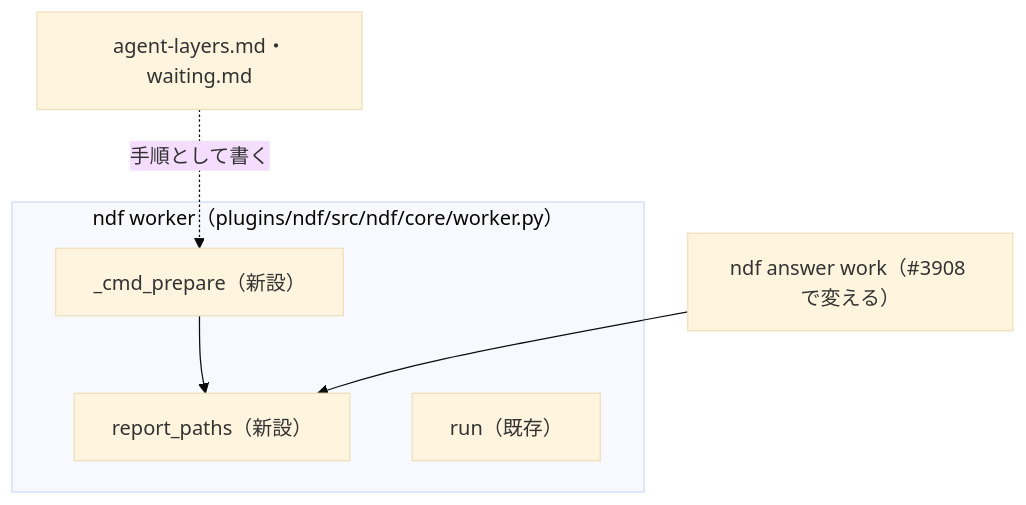
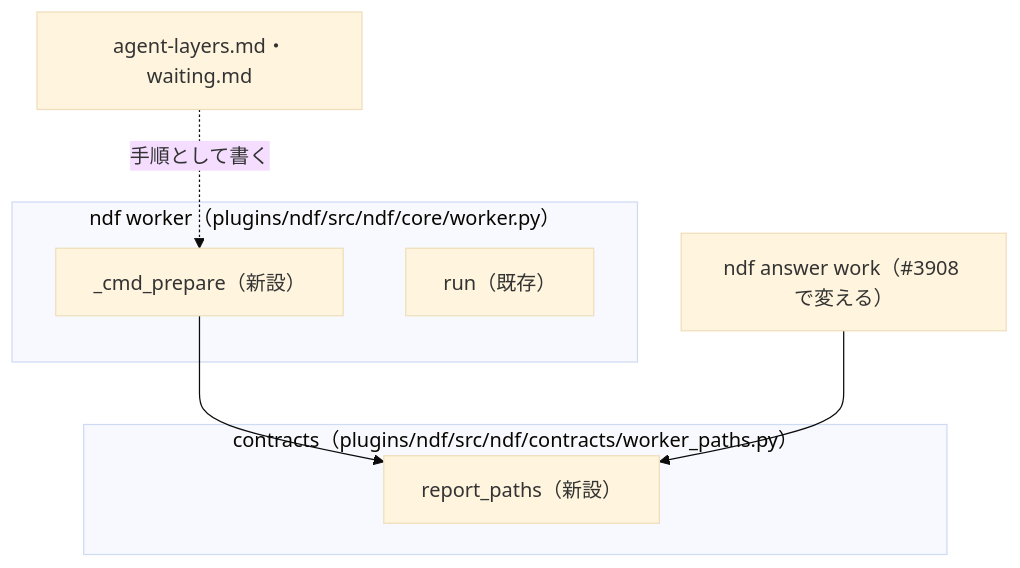
The third of 4 diagrams in issues/issue-3877-design.md (devbasex/ai-plugins), drawn with Mermaid (base theme) before and after one commit. The commit also changed other lines of this file and 5 other files, not shown here.

````diff
--- a/issues/issue-3877-design.md
+++ b/issues/issue-3877-design.md
@@ -62,11 +62,13 @@
 ```mermaid
 flowchart TB
+    subgraph co["contracts（plugins/ndf/src/ndf/contracts/worker_paths.py）"]
+        paths["report_paths（新設）"]
+    end
     subgraph ndf["ndf worker（plugins/ndf/src/ndf/core/worker.py）"]
         prep["_cmd_prepare（新設）"]
-        paths["report_paths（新設）"]
         run["run（既存）"]
     end
     prep --> paths
     aw["ndf answer work（#3908 で変える）"] --> paths
     docs["agent-layers.md・waiting.md"] -.->|手順として書く| prep
 ```
````
